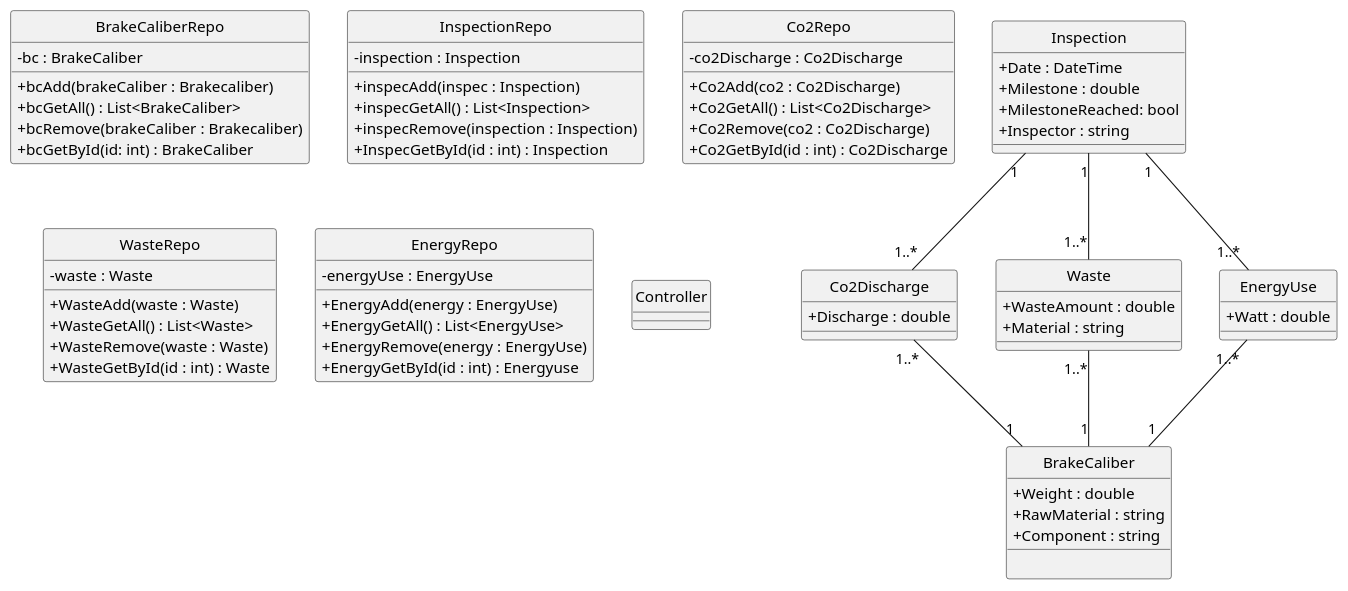
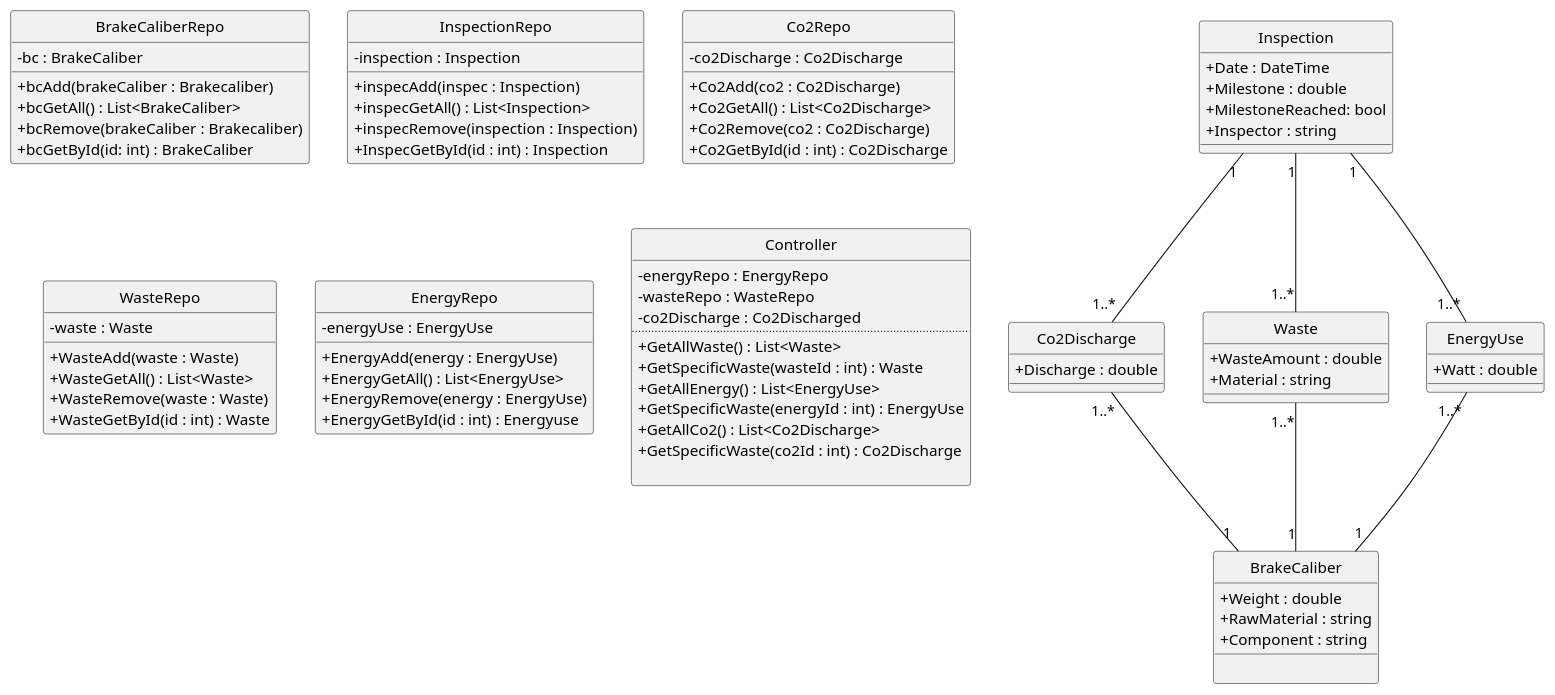
One commit to FilipMeldal/Team1A changed the diagram in Budweg/Artefacts/BudwegDCD.plantuml. Above: the diagram before and after it, drawn with PlantUML.

```diff
--- a/Budweg/Artefacts/BudwegDCD.plantuml
+++ b/Budweg/Artefacts/BudwegDCD.plantuml
@@ -1,104 +1,115 @@
 @startuml
 hide circle
 skinparam classAttributeIconSize 0
 
 Co2Discharge "1..*" -- "1" BrakeCaliber
 Waste "1..*" -- "1" BrakeCaliber
 EnergyUse "1..*" -- "1" BrakeCaliber
 Inspection "1" -- "1..*" Co2Discharge
 Inspection "1" -- "1..*" Waste
 Inspection "1" -- "1..*" EnergyUse
+
 
 Class BrakeCaliber
 {
     +Weight : double
     +RawMaterial : string
     +Component : string
     __
     
 }
 
 Class Co2Discharge 
 {
     +Discharge : double
 }
 
 Class Waste
 {
     +WasteAmount : double
     +Material : string
 }
 
 Class EnergyUse
 {
     +Watt : double
 }
 
 Class Inspection
 {
     +Date : DateTime
     +Milestone : double
     +MilestoneReached: bool
     +Inspector : string
 }
 
 Class BrakeCaliberRepo
 {
     - bc : BrakeCaliber
     __
     +bcAdd(brakeCaliber : Brakecaliber)
     +bcGetAll() : List<BrakeCaliber>
     +bcRemove(brakeCaliber : Brakecaliber)   
     +bcGetById(id: int) : BrakeCaliber
 }
 
 Class InspectionRepo
 {
 -inspection : Inspection
 __
 +inspecAdd(inspec : Inspection)
 +inspecGetAll() : List<Inspection>
 +inspecRemove(inspection : Inspection)
 +InspecGetById(id : int) : Inspection
 }
 
 
 Class Co2Repo
 {
     -co2Discharge : Co2Discharge
 __
 +Co2Add(co2 : Co2Discharge)
 +Co2GetAll() : List<Co2Discharge>
 +Co2Remove(co2 : Co2Discharge)
 +Co2GetById(id : int) : Co2Discharge
 }
 
 Class WasteRepo
 {
     -waste : Waste
 __
 +WasteAdd(waste : Waste)
 +WasteGetAll() : List<Waste>
 +WasteRemove(waste : Waste)
 +WasteGetById(id : int) : Waste
 }
 
 Class EnergyRepo
 {
     -energyUse : EnergyUse
 __
 +EnergyAdd(energy : EnergyUse)
 +EnergyGetAll() : List<EnergyUse>
 +EnergyRemove(energy : EnergyUse)
 +EnergyGetById(id : int) : Energyuse
 }
 
 
 
 
 Class Controller
 {
+-energyRepo : EnergyRepo
+-wasteRepo : WasteRepo
+-co2Discharge : Co2Discharged
+..
++GetAllWaste() : List<Waste>
++GetSpecificWaste(wasteId : int) : Waste
++GetAllEnergy() : List<EnergyUse>
++GetSpecificWaste(energyId : int) : EnergyUse
++GetAllCo2() : List<Co2Discharge>
++GetSpecificWaste(co2Id : int) : Co2Discharge
 
 }
 
 @enduml
```
